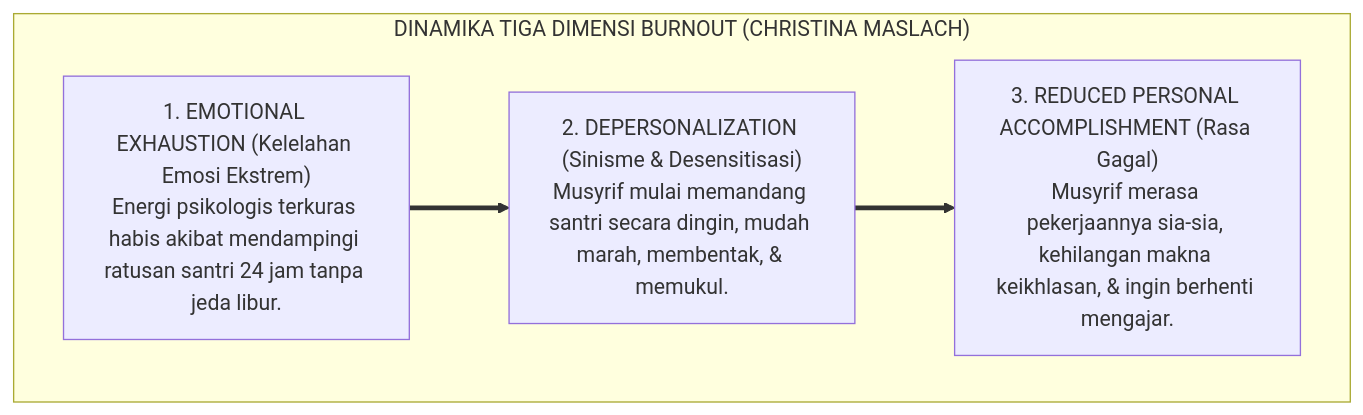
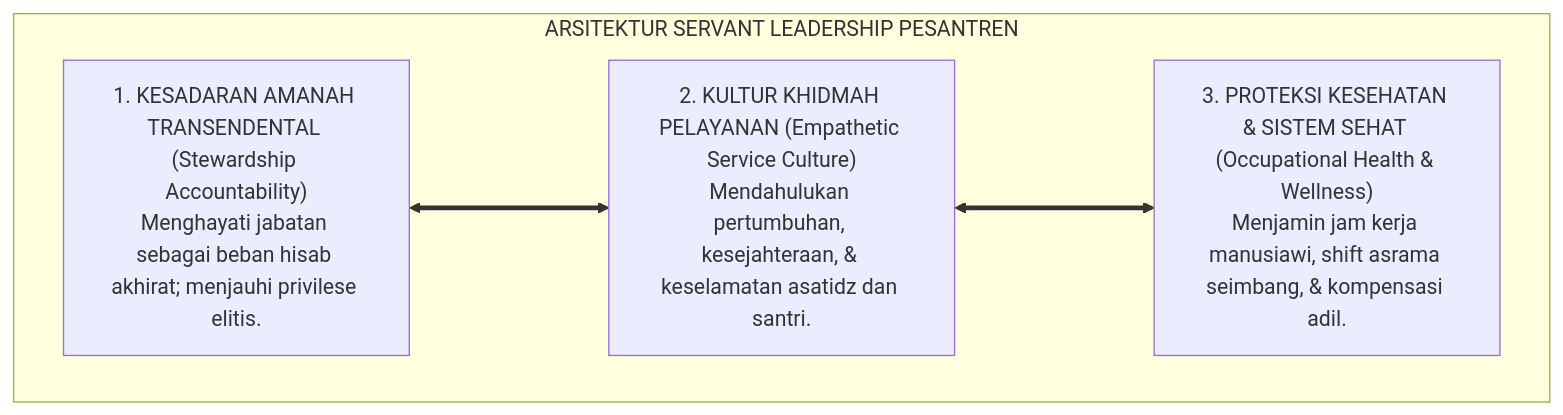
Before and after one commit to wandiapriliyandi/tumbuh: the second of 4 diagrams in 01 Philosophy/05 Leadership/P1-05-02-Hakikat-Amanah-dan-Kepemimpinan-Pelayan.md, drawn with Mermaid. The commit also changed other lines of this file and 7 other files, not shown here.

````diff
--- a/01 Philosophy/05 Leadership/P1-05-02-Hakikat-Amanah-dan-Kepemimpinan-Pelayan.md
+++ b/01 Philosophy/05 Leadership/P1-05-02-Hakikat-Amanah-dan-Kepemimpinan-Pelayan.md
@@ -182,12 +118,13 @@
 ```mermaid
-graph TD
-    subgraph SiklusBurnoutMusyrif["DINAMIKA TIGA DIMENSI BURNOUT (CHRISTINA MASLACH)"]
-        Dimensi1["1. EMOTIONAL EXHAUSTION (Kelelahan Emosi Ekstrem)<br/>Energi psikologis terkuras habis akibat mendampingi ratusan santri 24 jam tanpa jeda libur."]
+flowchart TD
+    subgraph ArsitekturServantLeadershipTUMBUH["ARSITEKTUR SERVANT LEADERSHIP PESANTREN"]
         
-        Dimensi2["2. DEPERSONALIZATION (Sinisme & Desensitisasi)<br/>Musyrif mulai memandang santri secara dingin, mudah marah, membentak, & memukul."]
+        S1["1. KESADARAN AMANAH TRANSENDENTAL (Stewardship Accountability)<br/>Menghayati jabatan sebagai beban hisab akhirat; menjauhi privilese elitis."]
         
-        Dimensi3["3. REDUCED PERSONAL ACCOMPLISHMENT (Rasa Gagal)<br/>Musyrif merasa pekerjaannya sia-sia, kehilangan makna keikhlasan, & ingin berhenti mengajar."]
+        S2["2. KULTUR KHIDMAH PELAYANAN (Empathetic Service Culture)<br/>Mendahulukan pertumbuhan, kesejahteraan, & keselamatan asatidz dan santri."]
         
-        Dimensi1 ==> Dimensi2 ==> Dimensi3
+        S3["3. PROTEKSI KESEHATAN & SISTEM SEHAT (Occupational Health & Wellness)<br/>Menjamin jam kerja manusiawi, shift asrama seimbang, & kompensasi adil."]
+        
+        S1 <===> S2 <===> S3
     end
 ```
````
